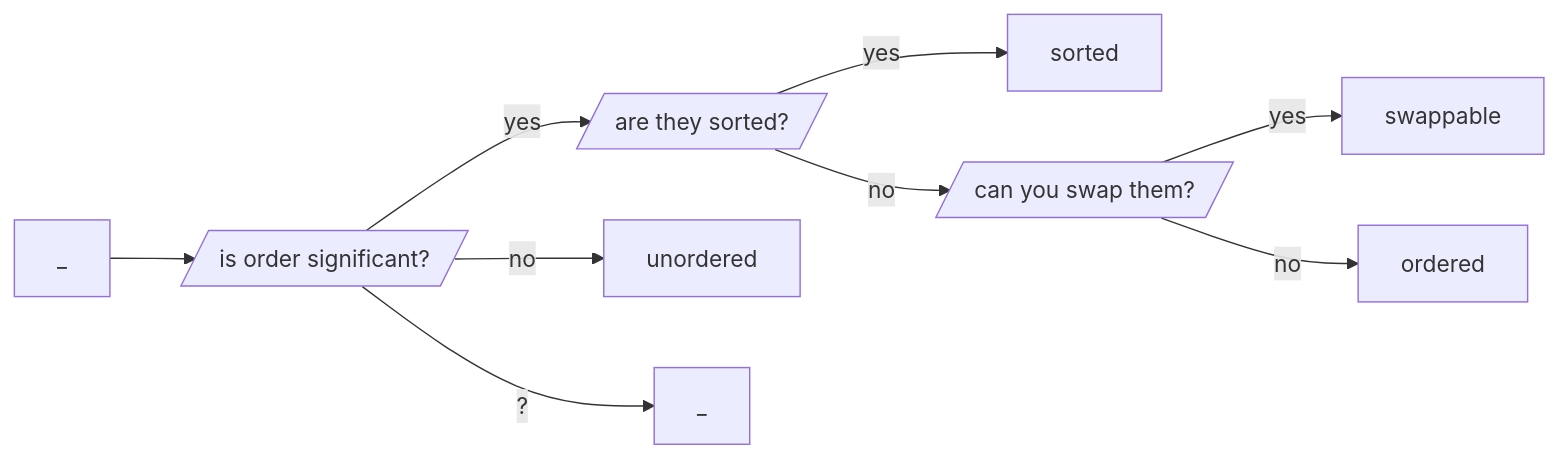
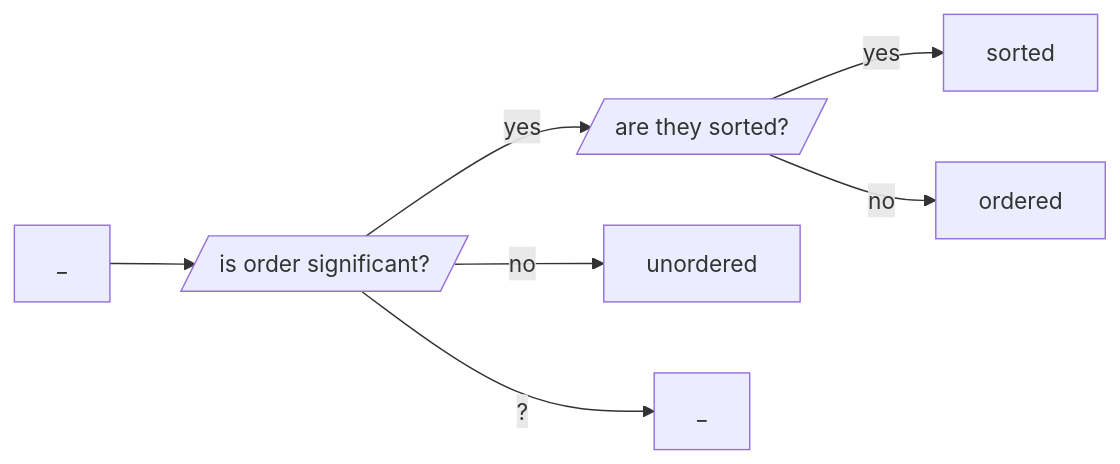
Before and after one commit to pretore/aquarium-butterflyfish: the first of 2 diagrams in README.md, drawn with Mermaid. The commit also changed other lines of this file and 63 other files, not shown here.

````diff
--- a/README.md
+++ b/README.md
@@ -10,11 +10,9 @@
 ```mermaid
 flowchart LR
     A["_"] --> B[/"is order significant?"/]
     B -->|yes| C[/"are they sorted?"/]
     B -->|no| D["unordered"]
     B -->|?| Z["_"]
     C -->|yes| E["sorted"]
-    C -->|no| F[/"can you swap them?"/]
-    F -->|yes| G["swappable"]
-    F -->|no| H["ordered"]
+    C -->|no| F["ordered"]
 ```
````
